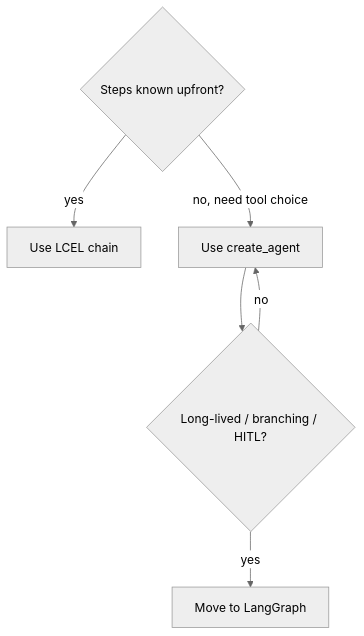
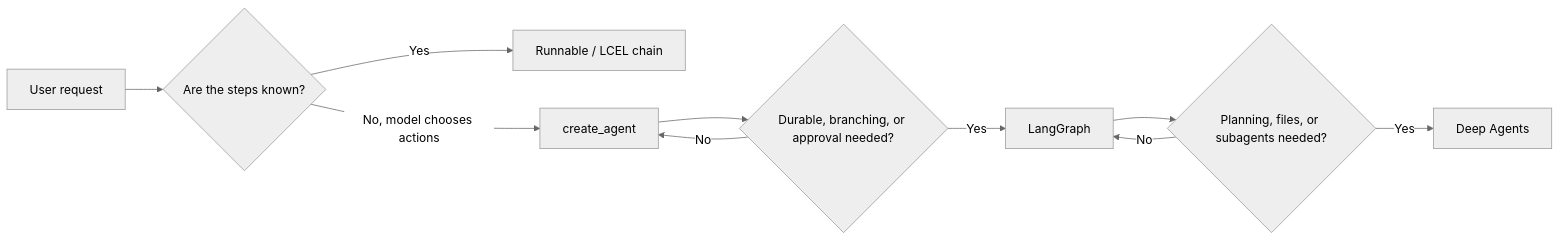
One commit to MakCoder-2004/AI-Engineering-Sheet changed the first of 7 diagrams in 07.LangChain_Ecosystem/LangChain/LangChain.md. Above: the diagram before and after it, drawn with Mermaid (neutral theme). The commit also changed other lines of this file and 4 other files, not shown here.

Commit message:
Expand LangChain ecosystem handbooks

````diff
--- a/07.LangChain_Ecosystem/LangChain/LangChain.md
+++ b/07.LangChain_Ecosystem/LangChain/LangChain.md
@@ -117,8 +39,12 @@
 ```mermaid
-flowchart TD
-    Q{Steps known upfront?} -- yes --> C[Use LCEL chain]
-    Q -- no, need tool choice --> A[Use create_agent]
-    A --> X{Long-lived / branching / HITL?}
-    X -- yes --> G[Move to LangGraph]
-    X -- no --> A
+flowchart LR
+    U[User request] --> D{Are the steps known?}
+    D -->|Yes| C[Runnable / LCEL chain]
+    D -->|No, model chooses actions| A[create_agent]
+    A --> L{Durable, branching, or approval needed?}
+    L -->|No| A
+    L -->|Yes| G[LangGraph]
+    G --> X{Planning, files, or subagents needed?}
+    X -->|Yes| DA[Deep Agents]
+    X -->|No| G
 ```
````
